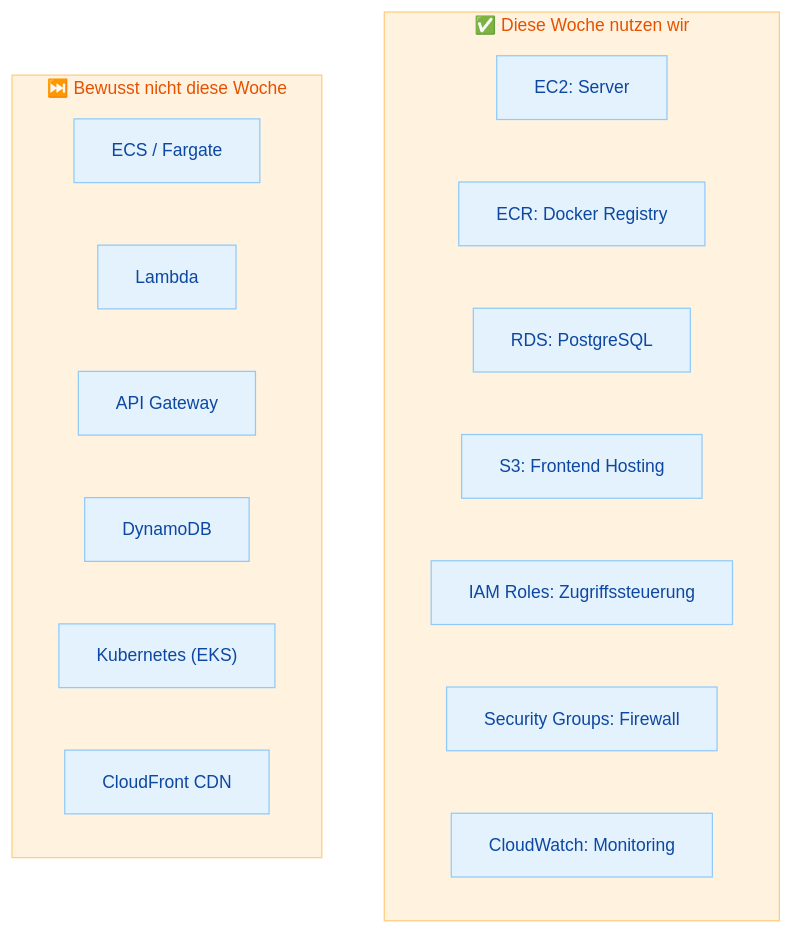
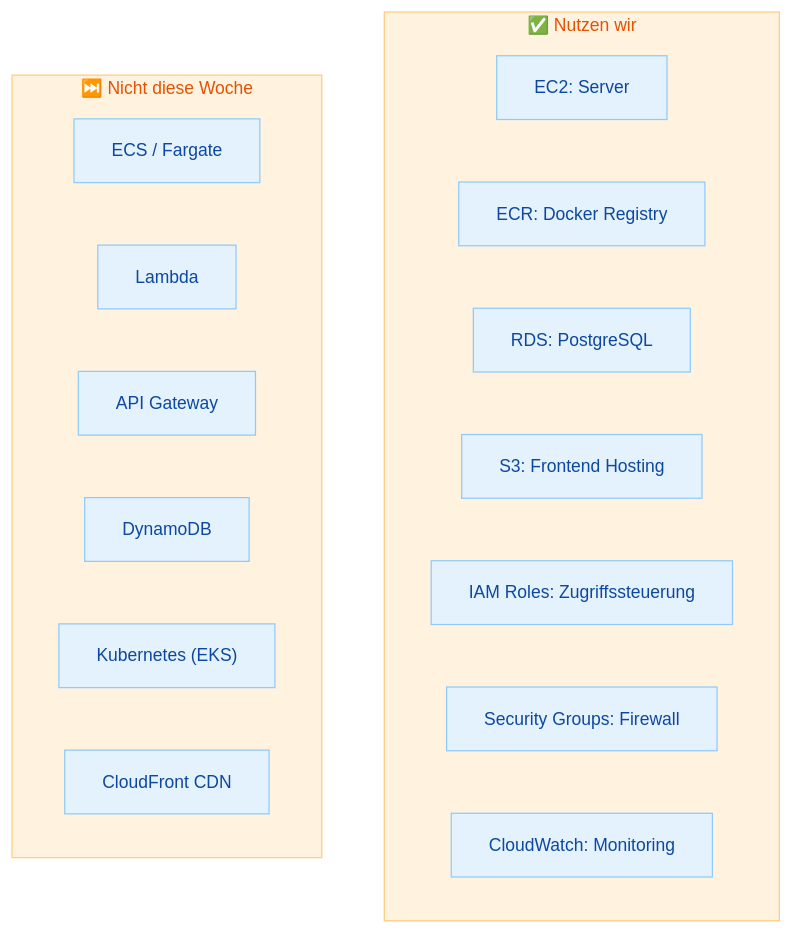
One commit to JacobMenge/kurs-25-06 changed the fifth of 6 diagrams in docs/modul-3/woche-9/uebung-30.0-aws-services-architektur.md. Above: the diagram before and after it, drawn with Mermaid. The commit also changed other lines of this file and 5 other files, not shown here.

````diff
--- a/docs/modul-3/woche-9/uebung-30.0-aws-services-architektur.md
+++ b/docs/modul-3/woche-9/uebung-30.0-aws-services-architektur.md
@@ -317,21 +317,21 @@
 ```mermaid
 %%{init: {'theme': 'base', 'themeVariables': {'primaryColor': '#e3f2fd', 'primaryTextColor': '#0d47a1', 'primaryBorderColor': '#90caf9', 'secondaryColor': '#e8f5e9', 'secondaryTextColor': '#1b5e20', 'secondaryBorderColor': '#a5d6a7', 'tertiaryColor': '#fff3e0', 'tertiaryTextColor': '#e65100', 'tertiaryBorderColor': '#ffcc80', 'lineColor': '#78909c', 'fontSize': '14px'}}}%%
 graph TB
-    subgraph nutzen ["✅ Diese Woche nutzen wir"]
+    subgraph nutzen ["✅ Nutzen wir"]
         A["EC2: Server"]
         B["ECR: Docker Registry"]
         C["RDS: PostgreSQL"]
         D["S3: Frontend Hosting"]
         E["IAM Roles: Zugriffssteuerung"]
         F["Security Groups: Firewall"]
         G["CloudWatch: Monitoring"]
     end
-    subgraph nicht ["⏭️ Bewusst nicht diese Woche"]
+    subgraph nicht ["⏭️ Nicht diese Woche"]
         H["ECS / Fargate"]
         I["Lambda"]
         J["API Gateway"]
         K["DynamoDB"]
         L["Kubernetes (EKS)"]
         M["CloudFront CDN"]
     end
 ```
````
